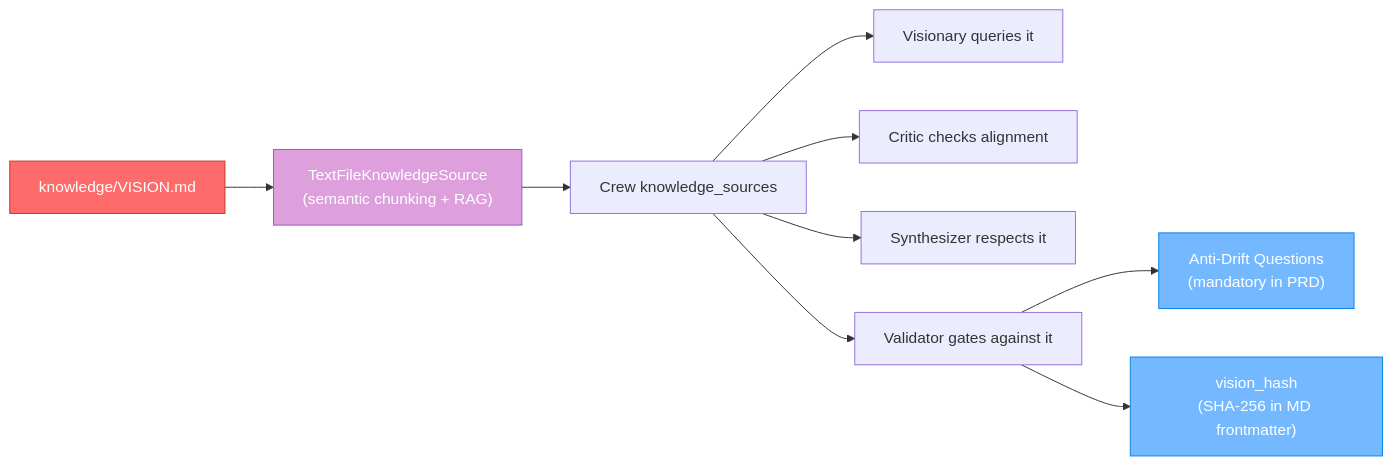
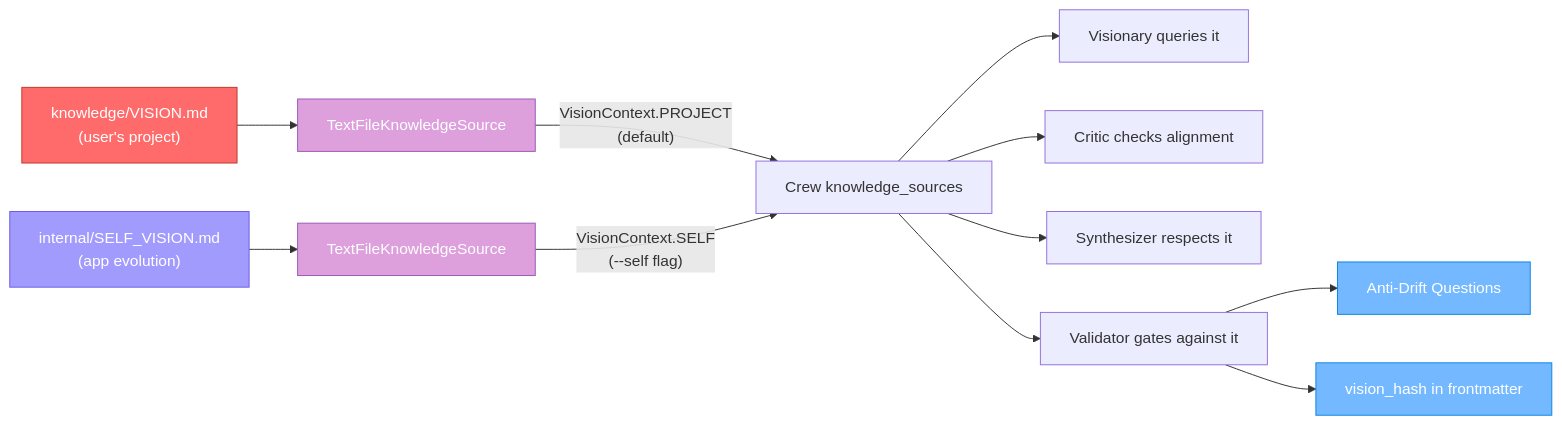
One commit to darthlinuxer/dialectic-crew-ai changed the third of 5 diagrams in docs/architecture.md. Above: the diagram before and after it, drawn with Mermaid. The commit also changed other lines of this file and 59 other files, not shown here.

````diff
--- a/docs/architecture.md
+++ b/docs/architecture.md
@@ -172,16 +201,22 @@
 ```mermaid
 graph LR
-    VISION["knowledge/VISION.md"] --> KS["TextFileKnowledgeSource<br/>(semantic chunking + RAG)"]
-    KS --> CREW["Crew knowledge_sources"]
+    ProjectVision["knowledge/VISION.md\n(user's project)"] --> KS_P["TextFileKnowledgeSource"]
+    SelfVision["internal/SELF_VISION.md\n(app evolution)"] --> KS_S["TextFileKnowledgeSource"]
+
+    KS_P -->|"VisionContext.PROJECT\n(default)"| CREW["Crew knowledge_sources"]
+    KS_S -->|"VisionContext.SELF\n(--self flag)"| CREW
+
     CREW --> A1["Visionary queries it"]
     CREW --> A2["Critic checks alignment"]
     CREW --> A3["Synthesizer respects it"]
     CREW --> A4["Validator gates against it"]
-    A4 --> ADQ["Anti-Drift Questions<br/>(mandatory in PRD)"]
-    A4 --> VH["vision_hash<br/>(SHA-256 in MD frontmatter)"]
+    A4 --> ADQ["Anti-Drift Questions"]
+    A4 --> VH["vision_hash in frontmatter"]
 
-    style VISION fill:#FF6B6B,stroke:#C0392B,color:#fff
-    style KS fill:#DDA0DD,stroke:#9B59B6,color:#fff
+    style ProjectVision fill:#FF6B6B,stroke:#C0392B,color:#fff
+    style SelfVision fill:#A29BFE,stroke:#6C5CE7,color:#fff
+    style KS_P fill:#DDA0DD,stroke:#9B59B6,color:#fff
+    style KS_S fill:#DDA0DD,stroke:#9B59B6,color:#fff
     style ADQ fill:#74B9FF,stroke:#0984E3,color:#fff
     style VH fill:#74B9FF,stroke:#0984E3,color:#fff
 ```
````
